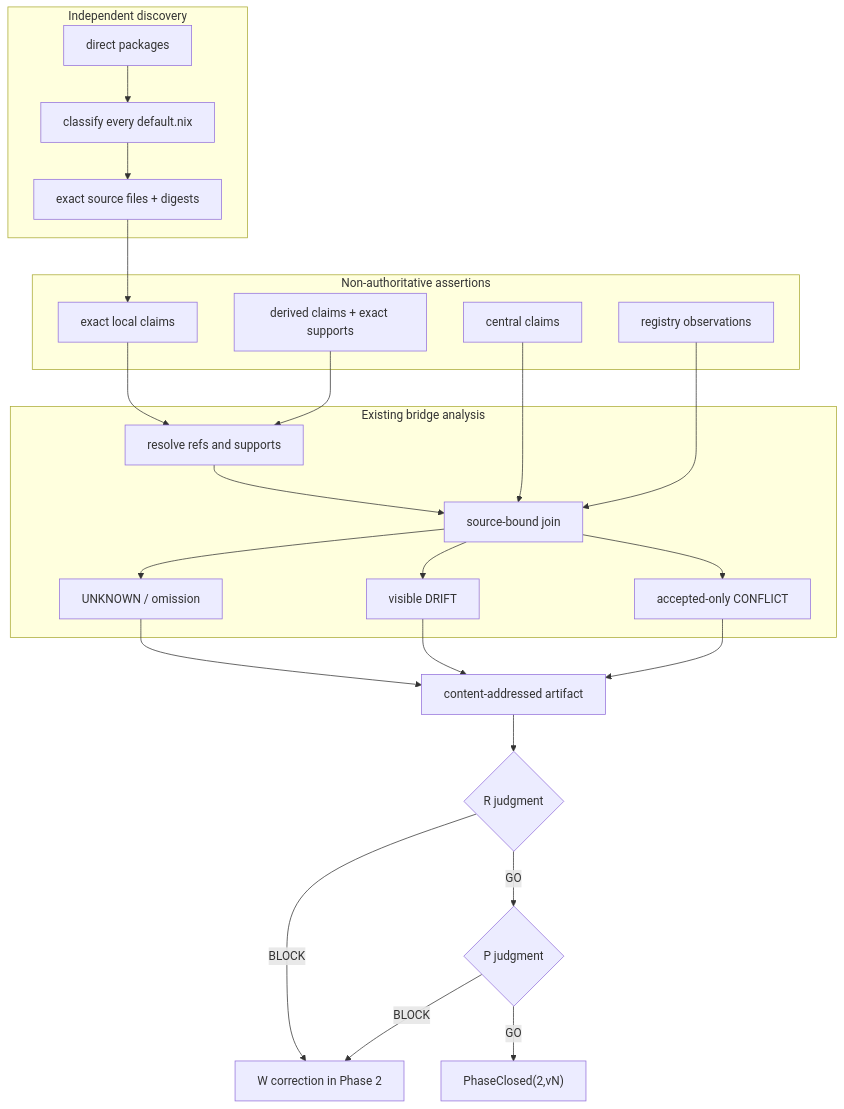
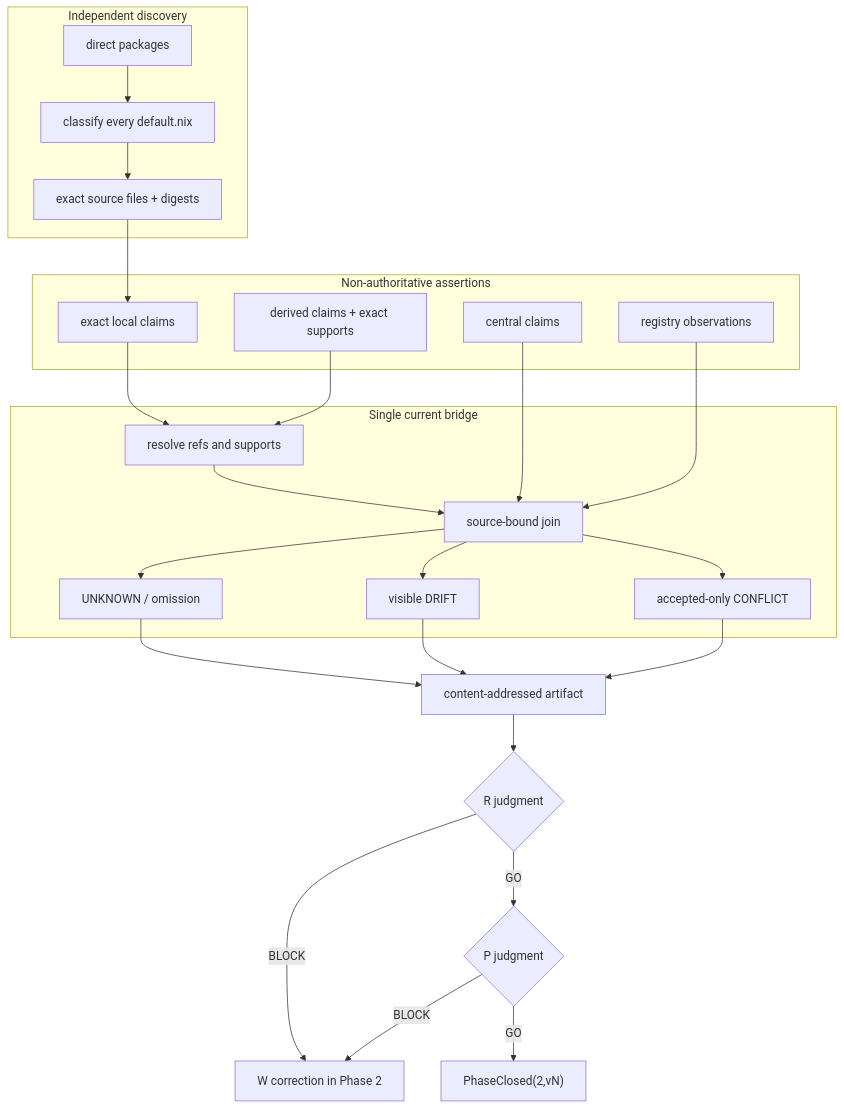
One commit to roccho-org/ops changed the diagram in packages/ops-package-contract-bridge/PHASE2.md. Above: the diagram before and after it, drawn with Mermaid. The commit also changed other lines of this file, not shown here.

Commit message:
docs(contract): show one current Phase 2 implementation

````diff
--- a/packages/ops-package-contract-bridge/PHASE2.md
+++ b/packages/ops-package-contract-bridge/PHASE2.md
@@ -207,41 +209,41 @@
 ```mermaid
 flowchart TB
   subgraph DISCOVERY["Independent discovery"]
     D["direct packages"] --> N["classify every default.nix"]
     N --> S["exact source files + digests"]
   end
 
   subgraph ASSERTIONS["Non-authoritative assertions"]
     C["central claims"]
     L["exact local claims"]
     G["registry observations"]
     R["derived claims + exact supports"]
   end
 
-  subgraph CHECK["Existing bridge analysis"]
+  subgraph CHECK["Single current bridge"]
     X["resolve refs and supports"]
     J["source-bound join"]
     U["UNKNOWN / omission"]
     F["visible DRIFT"]
     K["accepted-only CONFLICT"]
   end
 
   S --> L
   L --> X
   R --> X
   X --> J
   C --> J
   G --> J
   J --> U
   J --> F
   J --> K
 
   U --> A["content-addressed artifact"]
   F --> A
   K --> A
   A --> JR{"R judgment"}
   JR -->|BLOCK| W["W correction in Phase 2"]
   JR -->|GO| JP{"P judgment"}
   JP -->|BLOCK| W
   JP -->|GO| CLOSED["PhaseClosed(2,vN)"]
 ```
````
